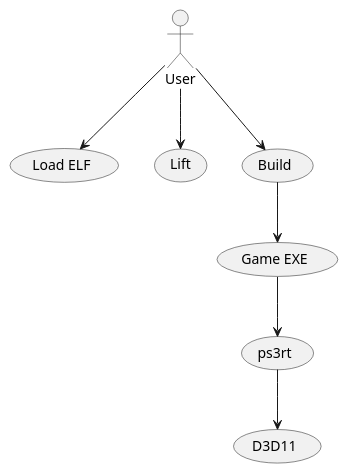
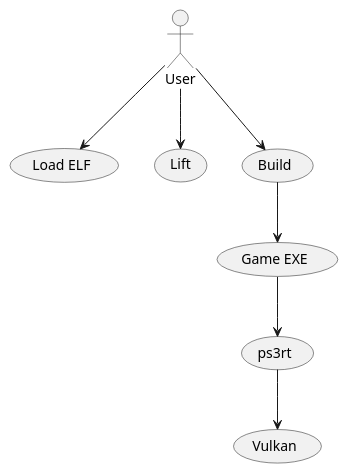
One commit to NotY215/PPSX33 changed the second of 9 diagrams in docs/ARCHITECTURE.md. Above: the diagram before and after it, drawn with PlantUML. The commit also changed other lines of this file and 25 other files, not shown here.

````diff
--- a/docs/ARCHITECTURE.md
+++ b/docs/ARCHITECTURE.md
@@ -21,11 +21,11 @@
 ```plantuml
 @startuml
 actor User
 User --> (Load ELF)
 User --> (Lift)
 User --> (Build)
 (Build) --> (Game EXE)
 (Game EXE) --> (ps3rt)
-(ps3rt) --> (D3D11)
+(ps3rt) --> (Vulkan)
 @enduml
 ```
````
